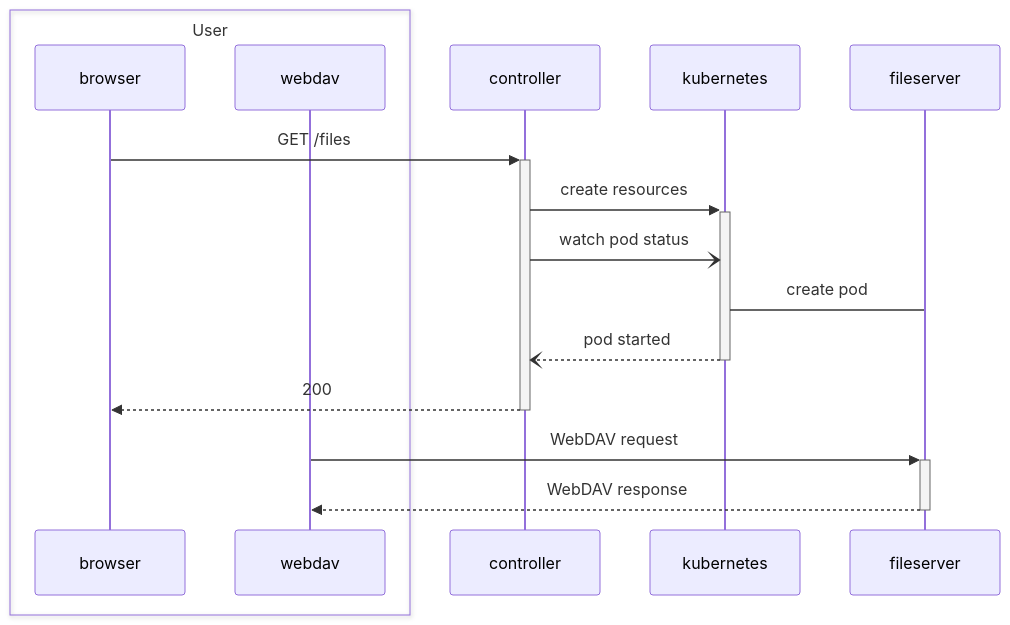
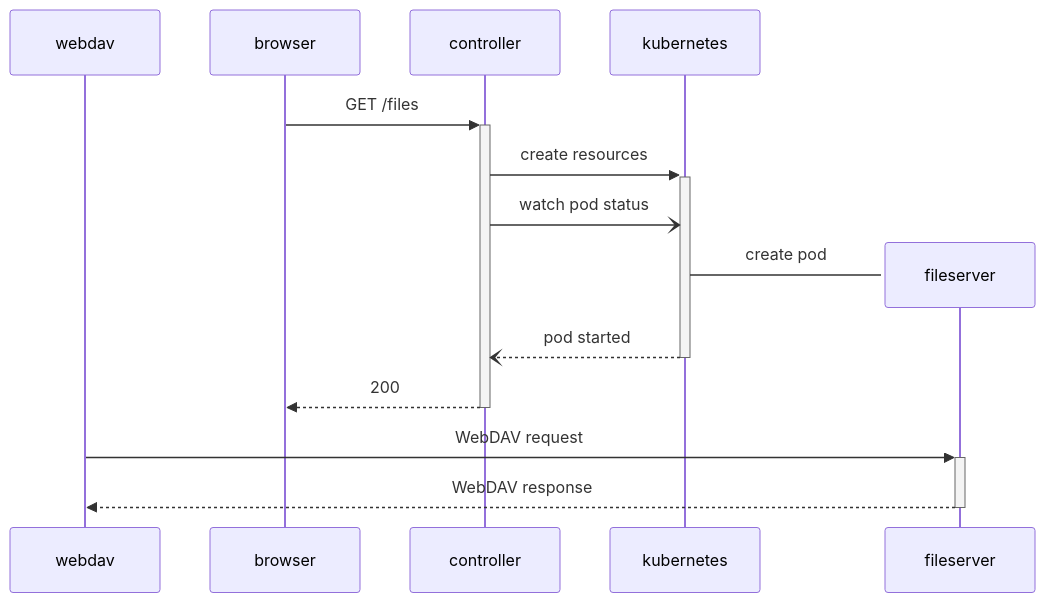
The diagram in docs/about/fileserver-create.mmd (lsst-sqre/nublado), drawn with Mermaid before and after one commit. The commit also changed 2 other files, not shown here.

Commit message:
Tweak the Mermaid interaction diagrams
Require the current version of Mermaid so that we can use actor
creation and restructure the Mermaid diagrams a bit to be clearer.

```diff
--- a/docs/about/fileserver-create.mmd
+++ b/docs/about/fileserver-create.mmd
@@ -1,17 +1,15 @@
 sequenceDiagram
-  box User
-    participant browser
-    participant webdav
-  end
+  participant webdav
+  participant browser
   participant controller
   participant kubernetes
-  participant fileserver
   browser->>+controller: GET /files
   controller->>+kubernetes: create resources
   controller-)kubernetes: watch pod status
+  create participant fileserver
   kubernetes->fileserver: create pod
   kubernetes--)-controller: pod started
   controller-->>-browser: 200
 
   webdav->>+fileserver: WebDAV request
   fileserver-->>-webdav: WebDAV response
```
